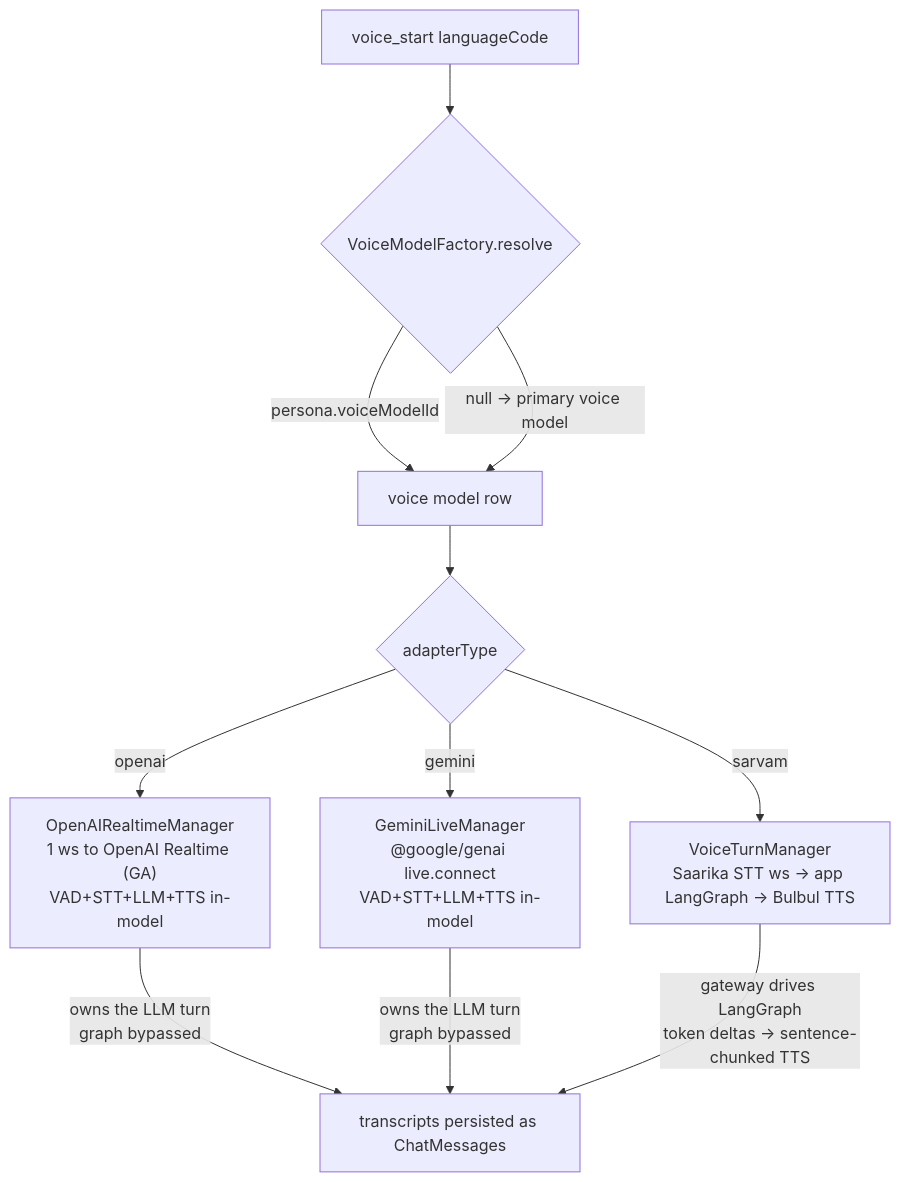
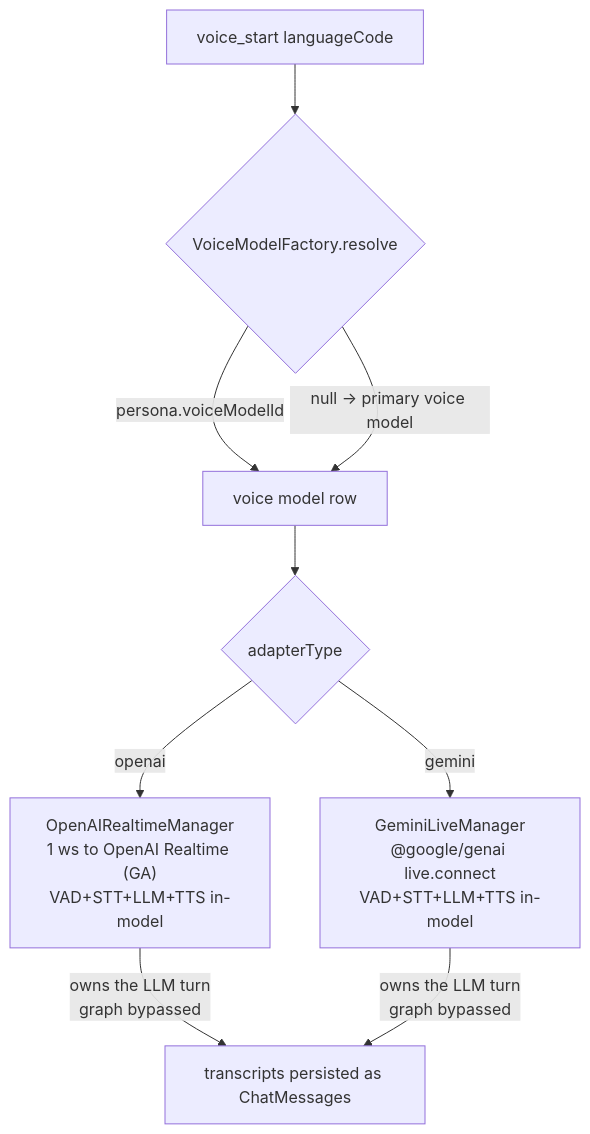
Before and after one commit to shaik-pentafox/learnium: the second of 4 diagrams in docs/VOICE_CHAT_FLOW.md, drawn with Mermaid. The commit also changed other lines of this file and 2 other files, not shown here.

Commit message:
docs: persona prompt architecture, LangSmith setup, voice S2S flow

````diff
--- a/docs/VOICE_CHAT_FLOW.md
+++ b/docs/VOICE_CHAT_FLOW.md
@@ -47,12 +48,10 @@
 ```mermaid
 flowchart TD
     S[voice_start languageCode] --> R{VoiceModelFactory.resolve}
     R -->|persona.voiceModelId| VM[voice model row]
     R -->|null → primary voice model| VM
     VM --> K{adapterType}
     K -->|openai| A["OpenAIRealtimeManager<br/>1 ws to OpenAI Realtime (GA)<br/>VAD+STT+LLM+TTS in-model"]
     K -->|gemini| B["GeminiLiveManager<br/>@google/genai live.connect<br/>VAD+STT+LLM+TTS in-model"]
-    K -->|sarvam| C["VoiceTurnManager<br/>Saarika STT ws → app LangGraph → Bulbul TTS"]
     A & B -->|owns the LLM turn<br/>graph bypassed| T[transcripts persisted as ChatMessages]
-    C -->|gateway drives LangGraph<br/>token deltas → sentence-chunked TTS| T
 ```
````
